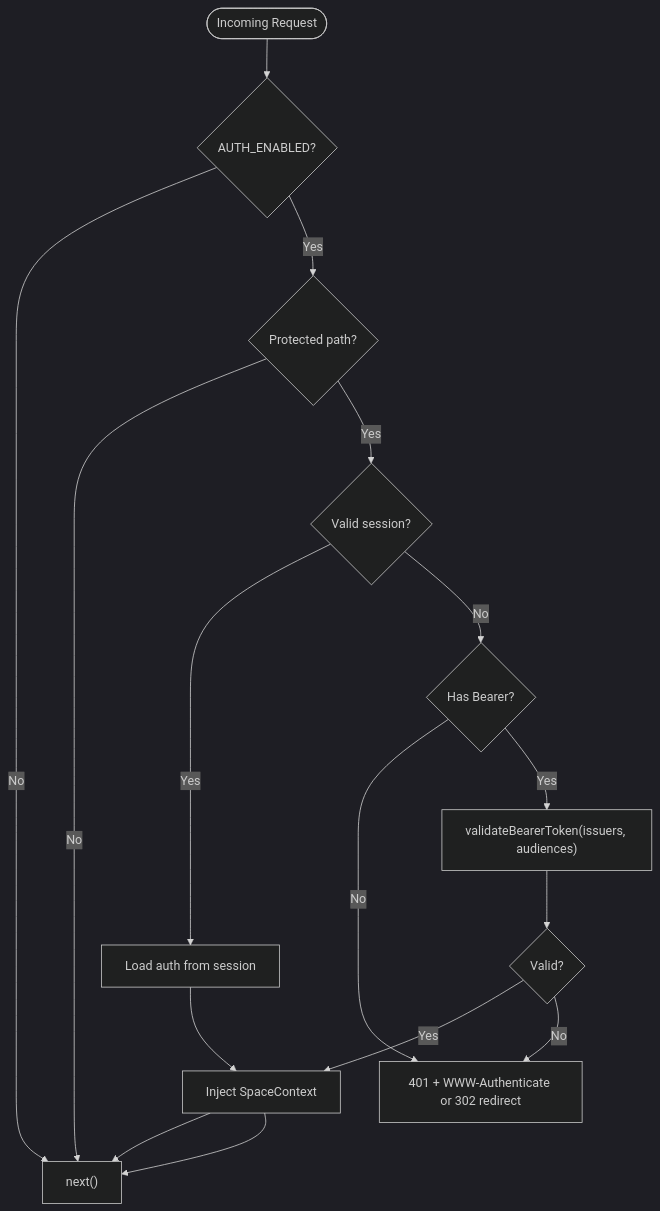
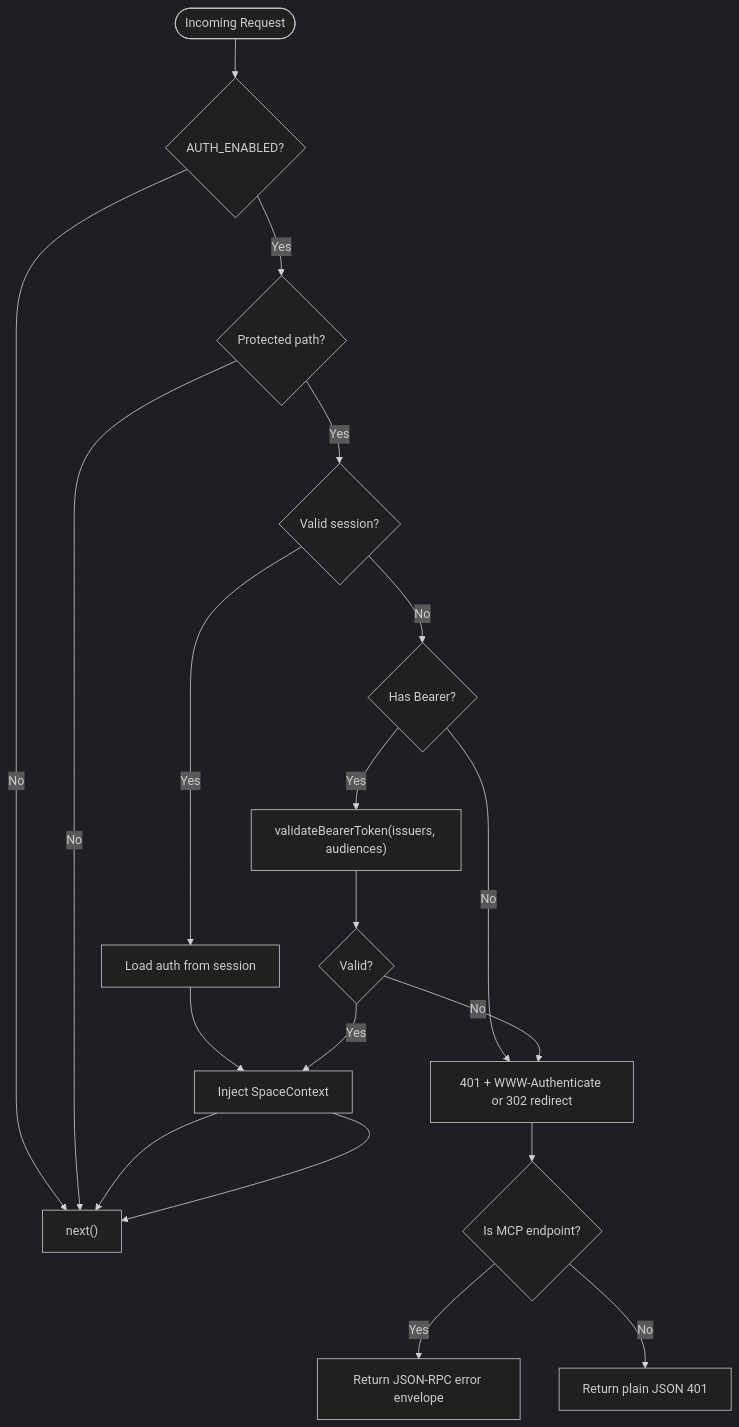
The fifth of 14 diagrams in .qoder/repowiki/en/content/Core Services/Authentication & Authorization/Authentication & Authorization.md (debian777/kairos-mcp), drawn with Mermaid (dark theme) before and after one commit. The commit also changed other lines of this file and 17 other files, not shown here.

````diff
--- a/.qoder/repowiki/en/content/Core Services/Authentication & Authorization/Authentication & Authorization.md
+++ b/.qoder/repowiki/en/content/Core Services/Authentication & Authorization/Authentication & Authorization.md
@@ -221,15 +269,18 @@
 ```mermaid
 flowchart TD
 Req(["Incoming Request"]) --> CheckEnabled{"AUTH_ENABLED?"}
 CheckEnabled --> |No| Next["next()"]
 CheckEnabled --> |Yes| PathCheck{"Protected path?"}
 PathCheck --> |No| Next
 PathCheck --> |Yes| HasSession{"Valid session?"}
 HasSession --> |Yes| LoadAuth["Load auth from session"] --> RunCtx["Inject SpaceContext"] --> Next
 HasSession --> |No| HasBearer{"Has Bearer?"}
 HasBearer --> |No| NeedAuth["401 + WWW-Authenticate or 302 redirect"]
 HasBearer --> |Yes| Validate["validateBearerToken(issuers, audiences)"]
 Validate --> Valid{"Valid?"}
 Valid --> |Yes| RunCtx --> Next
 Valid --> |No| NeedAuth
+NeedAuth --> CheckMCP{"Is MCP endpoint?"}
+CheckMCP --> |Yes| JsonRpc["Return JSON-RPC error envelope"]
+CheckMCP --> |No| PlainJson["Return plain JSON 401"]
 ```
````
